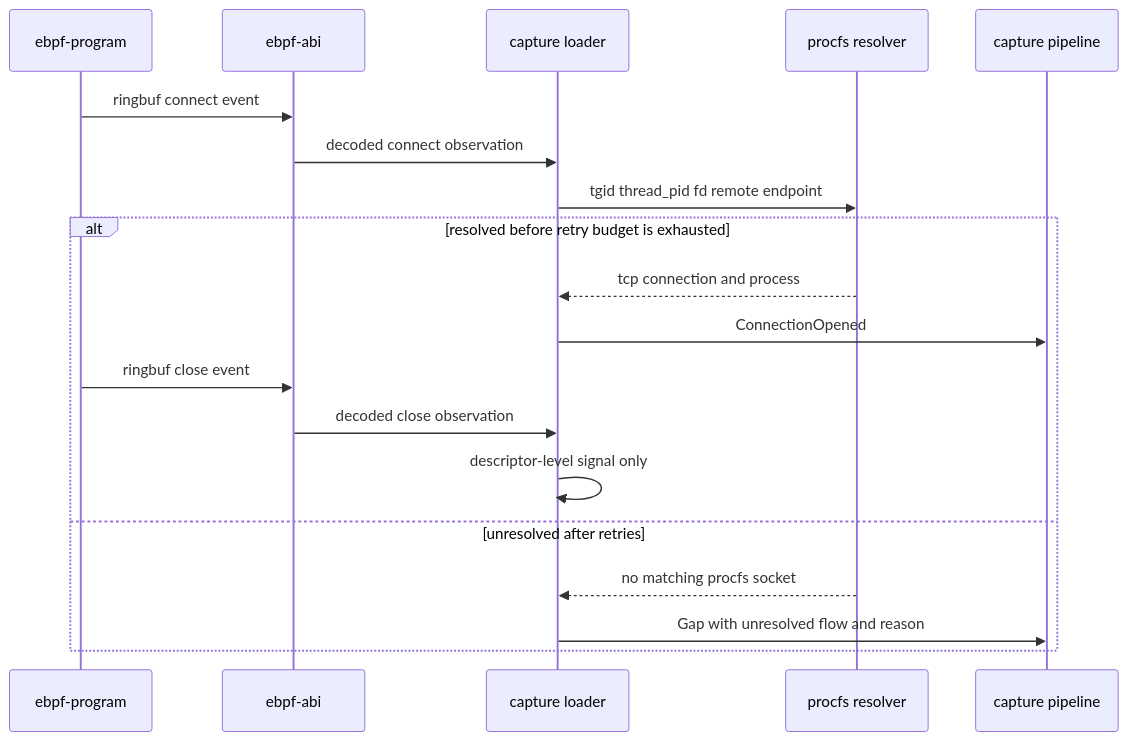
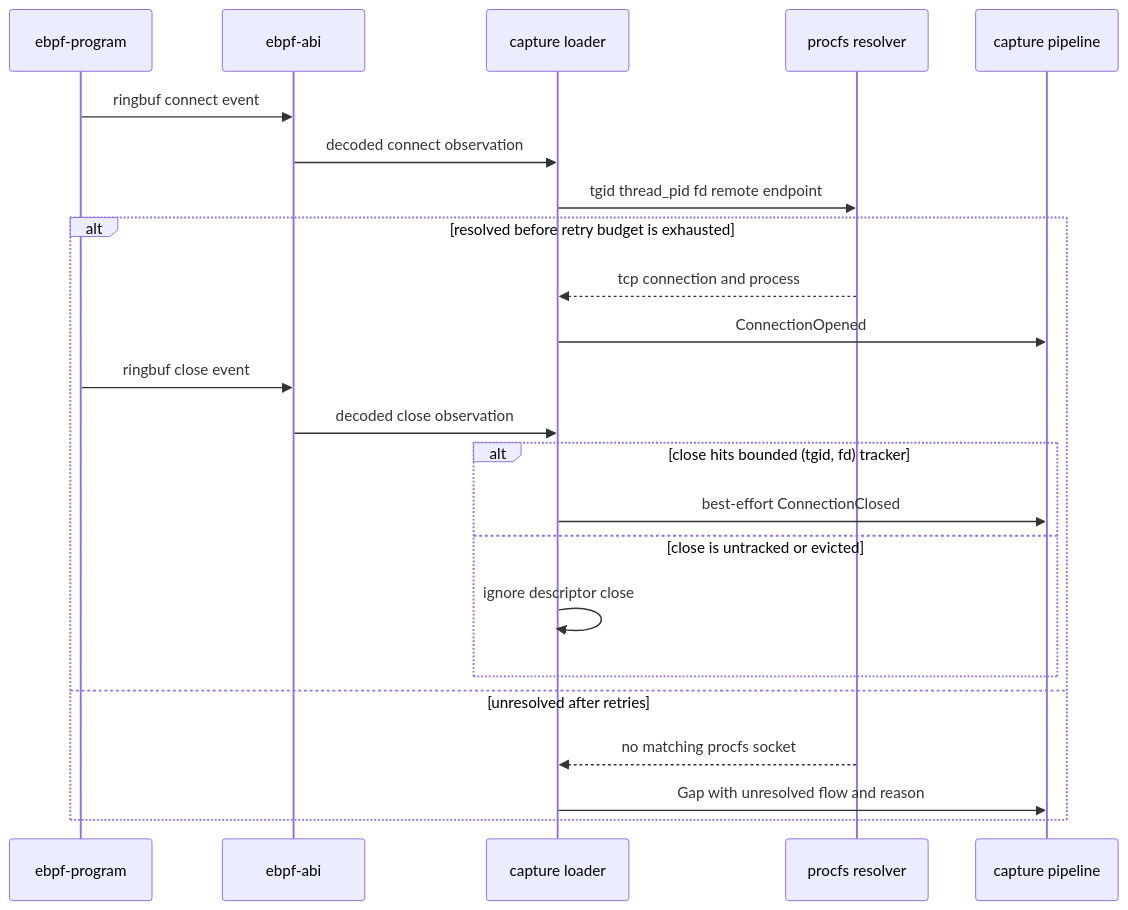
One commit to M4n5ter/probe changed the third of 7 diagrams in docs/design.md. Above: the diagram before and after it, drawn with Mermaid. The commit also changed other lines of this file and 2 other files, not shown here.

Commit message:
Emit eBPF descriptor close events

````diff
--- a/docs/design.md
+++ b/docs/design.md
@@ -292,22 +292,26 @@
 ```mermaid
 sequenceDiagram
     participant Program as ebpf-program
     participant Abi as ebpf-abi
     participant Loader as capture loader
     participant Resolver as procfs resolver
     participant Pipeline as capture pipeline
 
     Program->>Abi: ringbuf connect event
     Abi->>Loader: decoded connect observation
     Loader->>Resolver: tgid thread_pid fd remote endpoint
     alt resolved before retry budget is exhausted
         Resolver-->>Loader: tcp connection and process
         Loader->>Pipeline: ConnectionOpened
         Program->>Abi: ringbuf close event
         Abi->>Loader: decoded close observation
-        Loader->>Loader: descriptor-level signal only
+        alt close hits bounded (tgid, fd) tracker
+            Loader->>Pipeline: best-effort ConnectionClosed
+        else close is untracked or evicted
+            Loader->>Loader: ignore descriptor close
+        end
     else unresolved after retries
         Resolver-->>Loader: no matching procfs socket
         Loader->>Pipeline: Gap with unresolved flow and reason
     end
 ```
````
